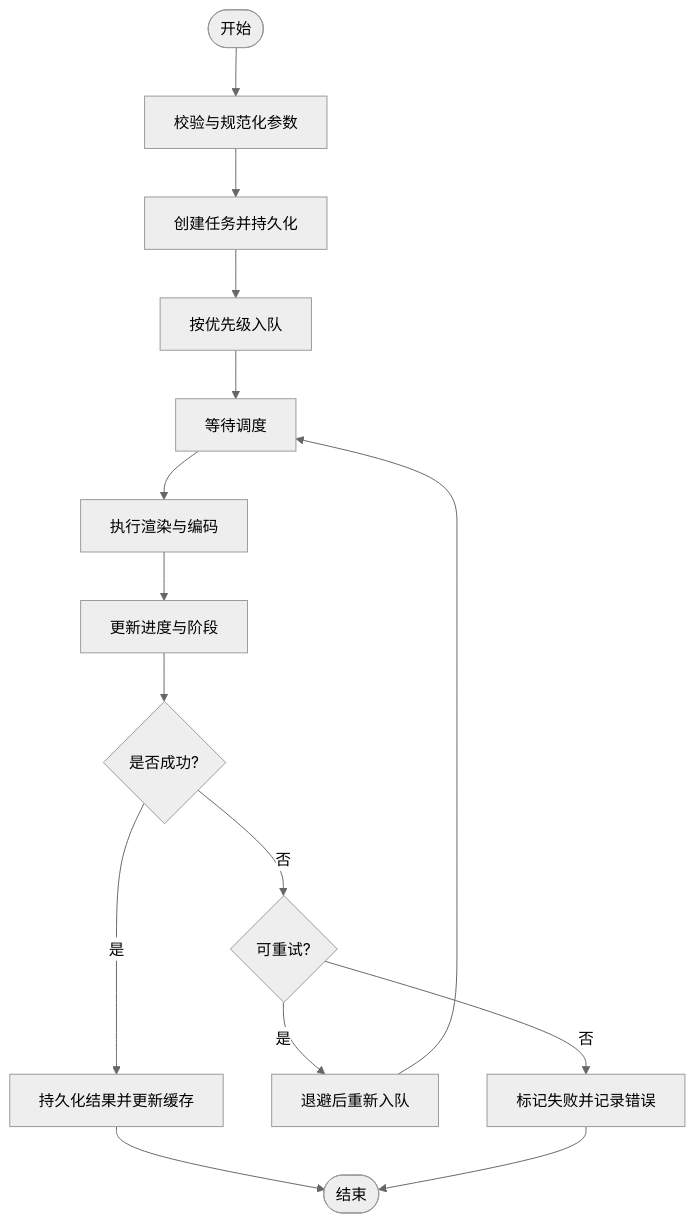
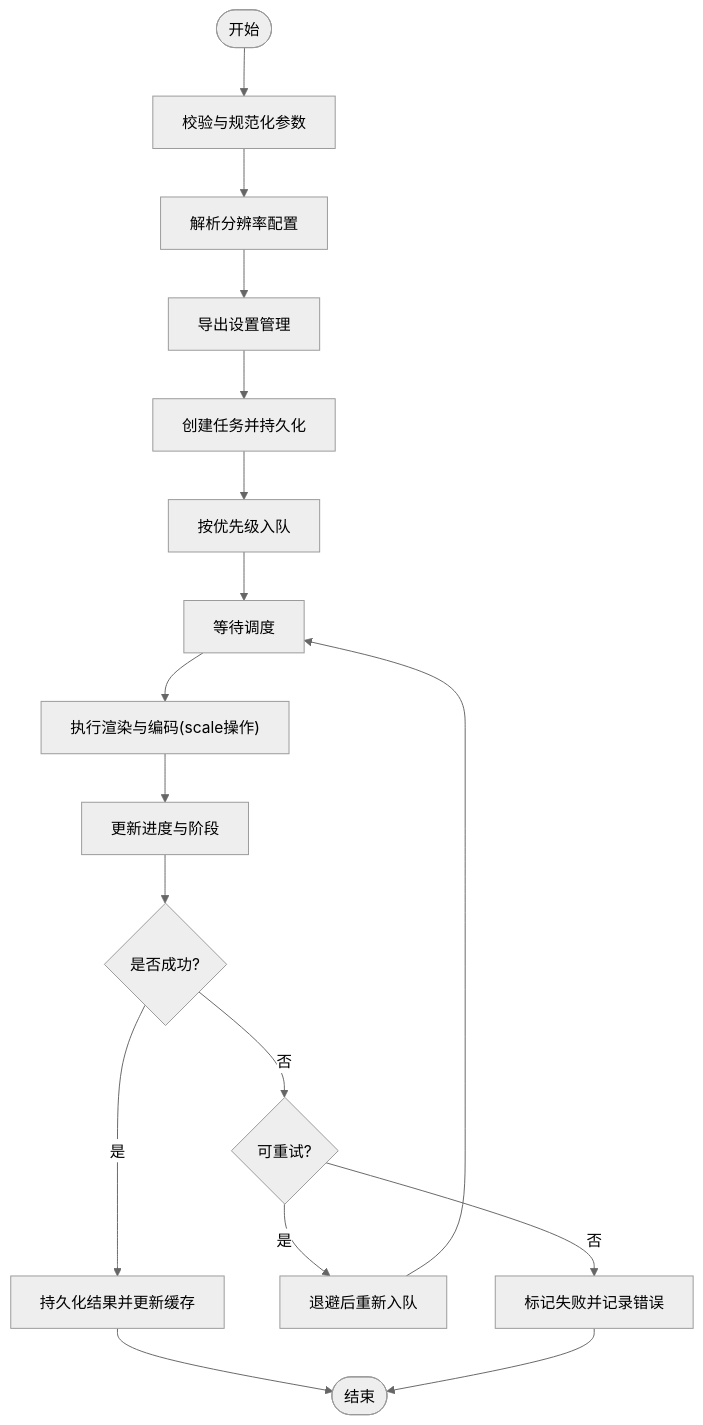
The third of 10 diagrams in .qoder/repowiki/zh/content/核心功能模块/渲染引擎/导出服务.md (AIMFllyYS/code-video-canvas), drawn with Mermaid (neutral theme) before and after one commit. The commit also changed other lines of this file and 7 other files, not shown here.

````diff
--- a/.qoder/repowiki/zh/content/核心功能模块/渲染引擎/导出服务.md
+++ b/.qoder/repowiki/zh/content/核心功能模块/渲染引擎/导出服务.md
@@ -206,17 +231,19 @@
 ```mermaid
 flowchart TD
 Start(["开始"]) --> Validate["校验与规范化参数"]
-Validate --> CreateTask["创建任务并持久化"]
+Validate --> ParseRes["解析分辨率配置"]
+ParseRes --> SetMgr["导出设置管理"]
+SetMgr --> CreateTask["创建任务并持久化"]
 CreateTask --> Enqueue["按优先级入队"]
 Enqueue --> Wait["等待调度"]
-Wait --> Run["执行渲染与编码"]
+Wait --> Run["执行渲染与编码(scale操作)"]
 Run --> UpdateProgress["更新进度与阶段"]
 UpdateProgress --> Success{"是否成功?"}
 Success --> |是| PersistResult["持久化结果并更新缓存"]
 Success --> |否| RetryCheck{"可重试?"}
 RetryCheck --> |是| Backoff["退避后重新入队"]
 RetryCheck --> |否| Fail["标记失败并记录错误"]
 PersistResult --> End(["结束"])
 Backoff --> Wait
 Fail --> End
 ```
````
